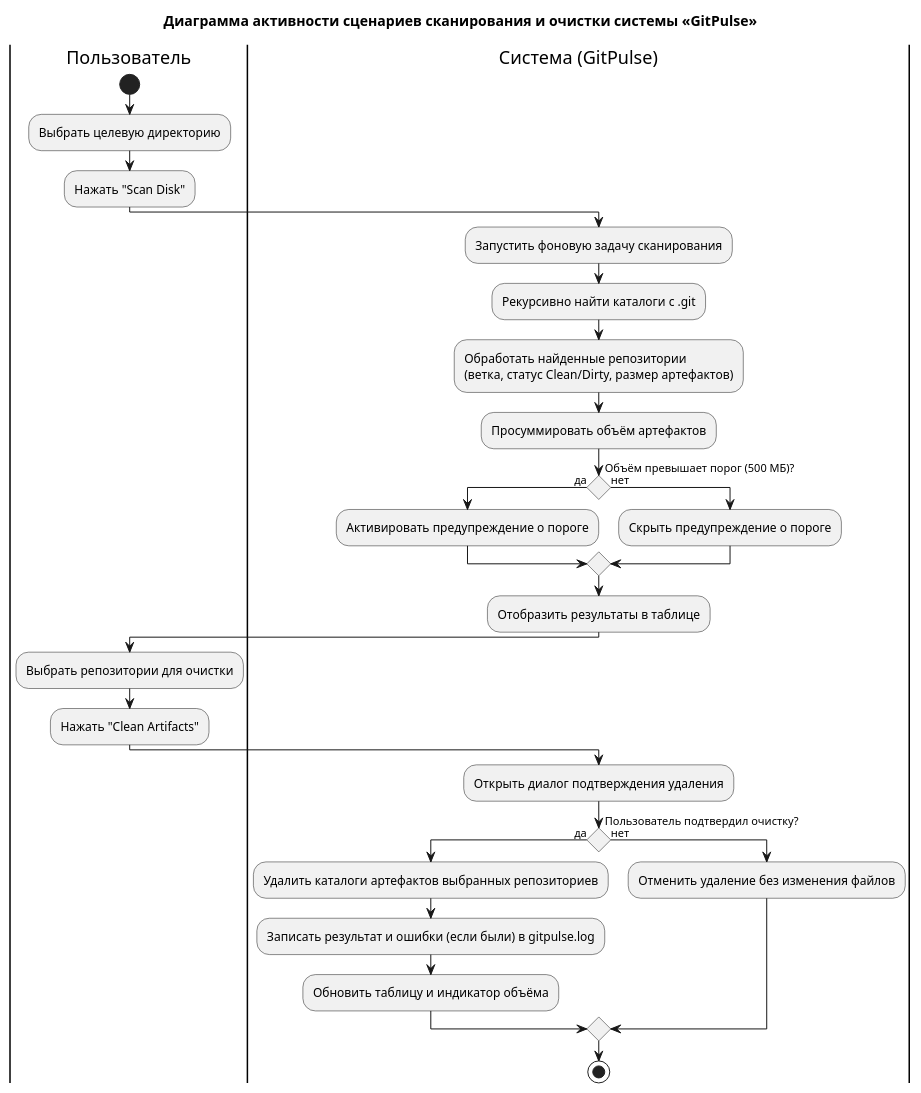
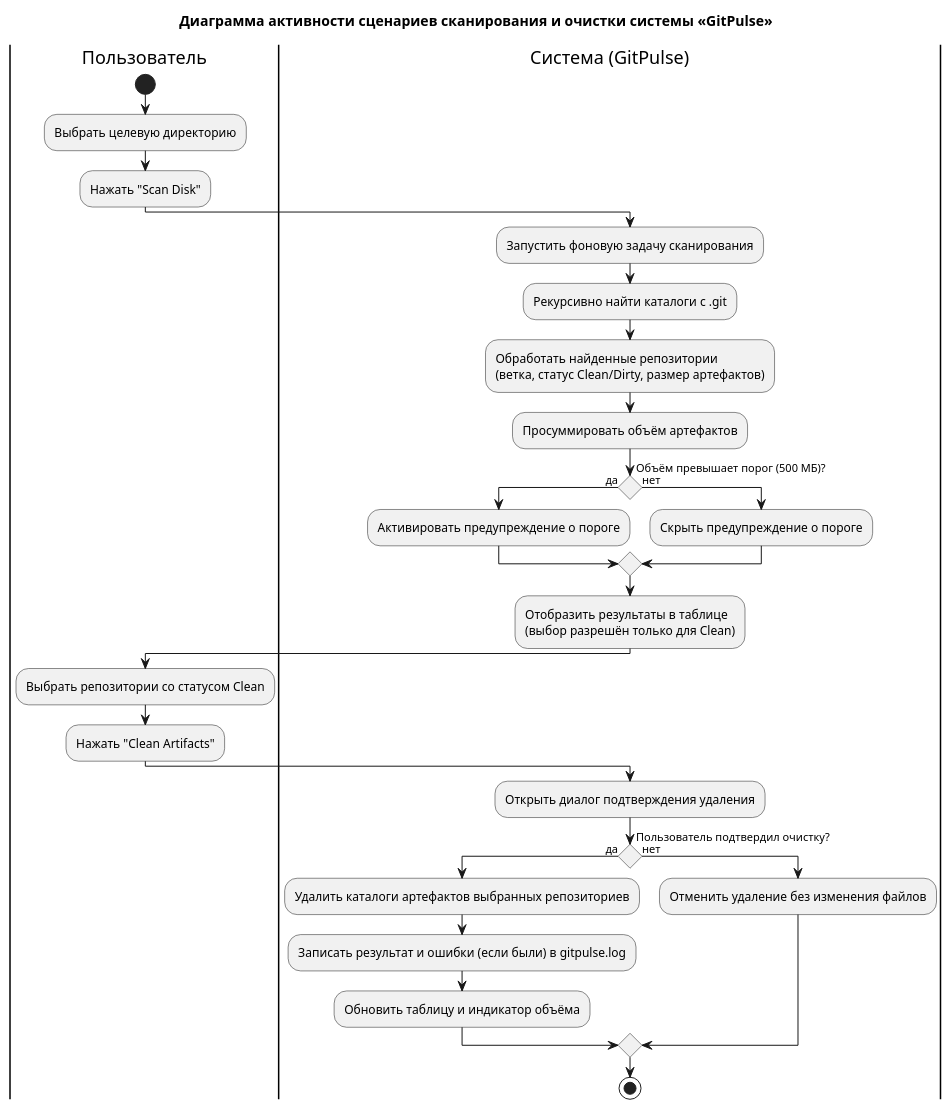
One commit to BSUIR-SDLC/SDLC changed the diagram in diagrams/gitpulse-activity.puml. Above: the diagram before and after it, drawn with PlantUML. The commit also changed 19 other files, not shown here.

Commit message:
docs: синхронизировать документацию и диаграммы после согласования

```diff
--- a/diagrams/gitpulse-activity.puml
+++ b/diagrams/gitpulse-activity.puml
@@ -1,40 +1,41 @@
 @startuml gitpulse-activity
 title Диаграмма активности сценариев сканирования и очистки системы «GitPulse»
 skinparam conditionStyle diamond
+skinparam shadowing false
 
 |Пользователь|
 start
 :Выбрать целевую директорию;
 :Нажать "Scan Disk";
 
 |Система (GitPulse)|
 :Запустить фоновую задачу сканирования;
 :Рекурсивно найти каталоги с .git;
 :Обработать найденные репозитории\n(ветка, статус Clean/Dirty, размер артефактов);
 :Просуммировать объём артефактов;
 
 if (Объём превышает порог (500 МБ)?) then (да)
   :Активировать предупреждение о пороге;
 else (нет)
   :Скрыть предупреждение о пороге;
 endif
 
-:Отобразить результаты в таблице;
+:Отобразить результаты в таблице\n(выбор разрешён только для Clean);
 
 |Пользователь|
-:Выбрать репозитории для очистки;
+:Выбрать репозитории со статусом Clean;
 :Нажать "Clean Artifacts";
 
 |Система (GitPulse)|
 :Открыть диалог подтверждения удаления;
 
 if (Пользователь подтвердил очистку?) then (да)
   :Удалить каталоги артефактов выбранных репозиториев;
   :Записать результат и ошибки (если были) в gitpulse.log;
   :Обновить таблицу и индикатор объёма;
 else (нет)
   :Отменить удаление без изменения файлов;
 endif
 
 stop
 @enduml
```
